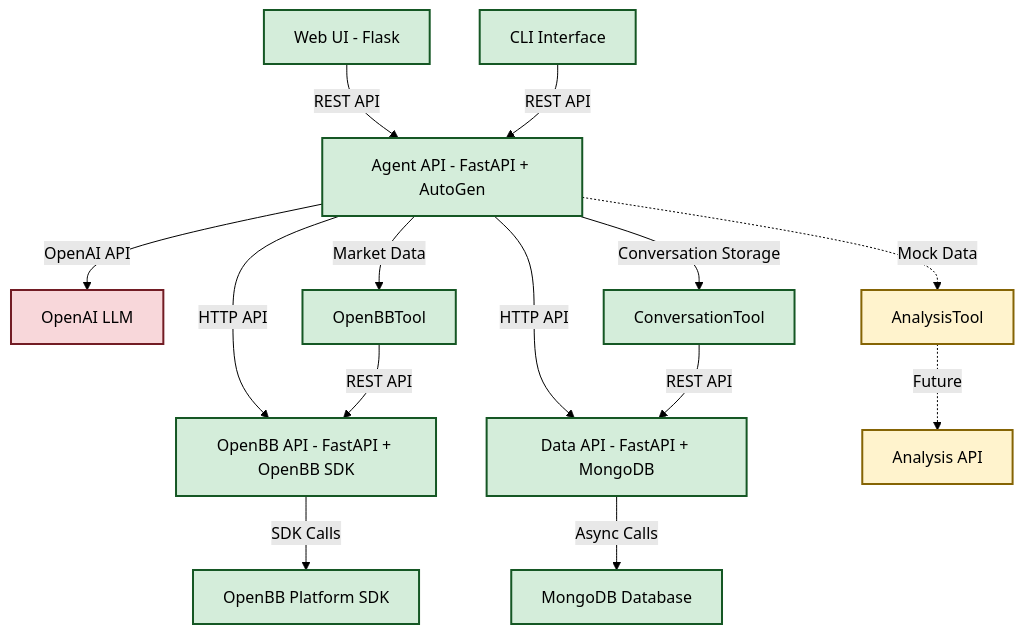
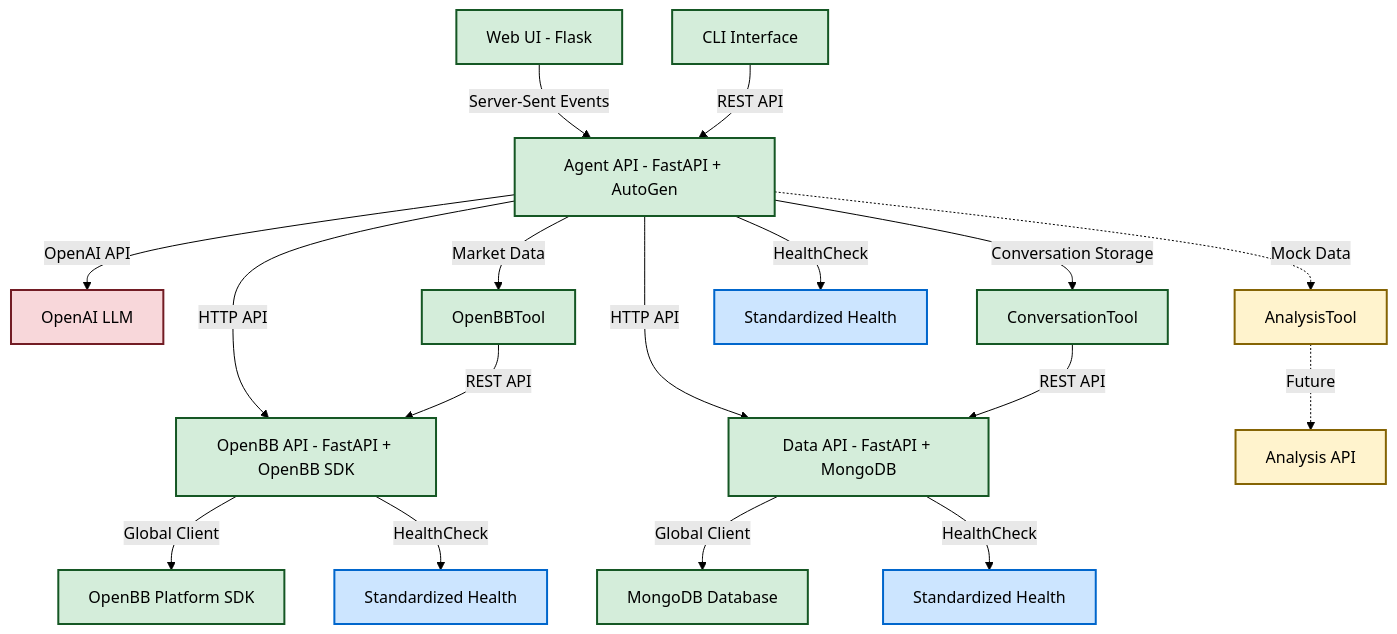
Before and after one commit to axler8r/InvestRCompose: the diagram in docs/architecture.md, drawn with Mermaid (forest theme). The commit also changed other lines of this file, not shown here.

Commit message:
doc: update architecture document

````diff
--- a/docs/architecture.md
+++ b/docs/architecture.md
@@ -118,39 +138,45 @@
 ```mermaid
 flowchart TD
     A[Web UI - Flask]
     B[Agent API - FastAPI + AutoGen]
     C[CLI Interface]
     O[OpenBB API - FastAPI + OpenBB SDK]
     D[Data API - FastAPI + MongoDB]
 
     %% Current Implementation (Solid lines)
-    A -->|REST API| B
+    A -->|Server-Sent Events| B
     C -->|REST API| B
     B -->|OpenAI API| G[OpenAI LLM]
     B -->|HTTP API| O
     B -->|HTTP API| D
 
     %% Agent Tools (Simplified Architecture)
     B -->|Conversation Storage| T2[ConversationTool]
     B -->|Market Data| T3[OpenBBTool]
     B -.->|Mock Data| T6[AnalysisTool]
 
     %% Service Integration (Solid lines)
     T2 -->|REST API| D
     T3 -->|REST API| O
-    O -->|SDK Calls| OBB[OpenBB Platform SDK]
-    D -->|Async Calls| MongoDB[MongoDB Database]
+    O -->|Global Client| OBB[OpenBB Platform SDK]
+    D -->|Global Client| MongoDB[MongoDB Database]
+
+    %% Health Monitoring
+    B -->|HealthCheck| H1[Standardized Health]
+    O -->|HealthCheck| H2[Standardized Health]
+    D -->|HealthCheck| H3[Standardized Health]
 
     %% Future Services (Dotted lines)
     T6 -.->|Future| An[Analysis API]
 
     %% Styling
     classDef implemented fill:#d4edda,stroke:#155724,stroke-width:2px
     classDef planned fill:#fff3cd,stroke:#856404,stroke-width:2px
     classDef external fill:#f8d7da,stroke:#721c24,stroke-width:2px
+    classDef health fill:#cce5ff,stroke:#0066cc,stroke-width:2px
 
     class A,B,C,O,T2,T3,D,OBB,MongoDB implemented
-    class T5,T6 planned
-    class P,An planned
+    class T6,An planned
     class G external
+    class H1,H2,H3 health
 ```
````
